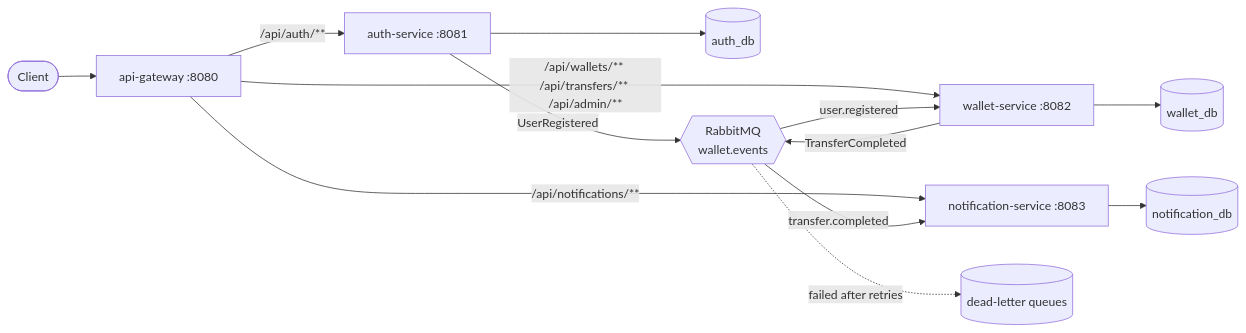
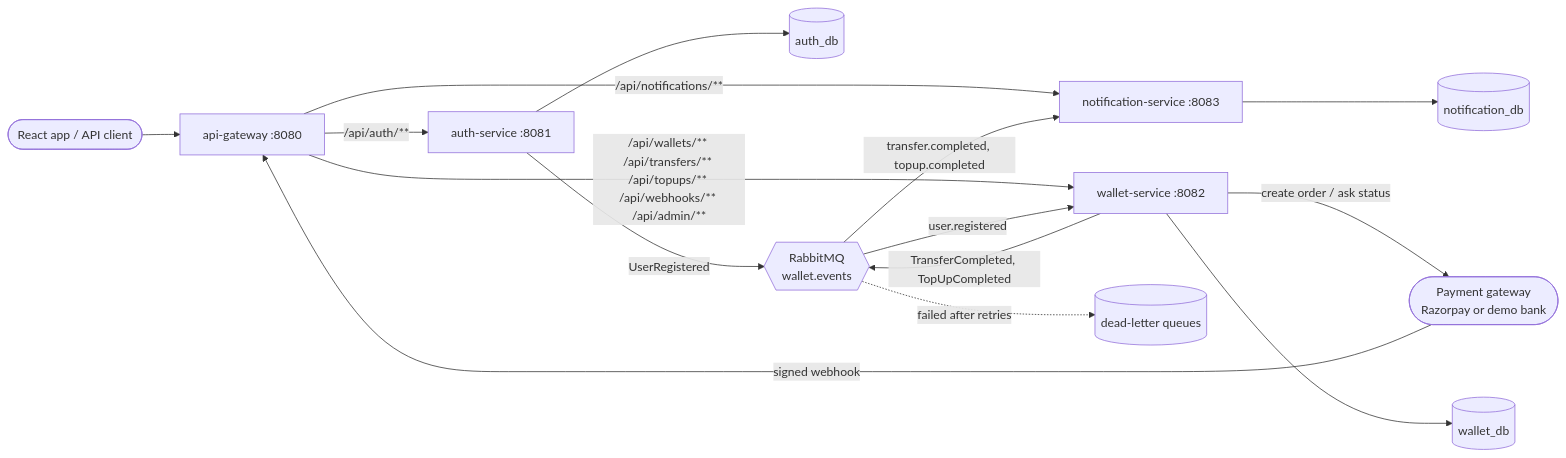
Before and after one commit to arjunkumar913/Smart_wallet: the first of 4 diagrams in README.md, drawn with Mermaid. The commit also changed other lines of this file and 59 other files, not shown here.

Commit message:
Add payment-gateway top-ups (Razorpay + demo bank) and React frontend

````diff
--- a/README.md
+++ b/README.md
@@ -20,18 +20,20 @@
 ```mermaid
 flowchart LR
-    Client([Client]) --> GW[api-gateway :8080]
+    Client([React app / API client]) --> GW[api-gateway :8080]
+    PG([Payment gateway<br/>Razorpay or demo bank]) -- signed webhook --> GW
+    WAL -- create order / ask status --> PG
 
     GW -->|/api/auth/**| AUTH[auth-service :8081]
-    GW -->|/api/wallets/** /api/transfers/** /api/admin/**| WAL[wallet-service :8082]
+    GW -->|/api/wallets/** /api/transfers/** /api/topups/** /api/webhooks/** /api/admin/**| WAL[wallet-service :8082]
     GW -->|/api/notifications/**| NOTIF[notification-service :8083]
 
     AUTH --> ADB[(auth_db)]
     WAL --> WDB[(wallet_db)]
     NOTIF --> NDB[(notification_db)]
 
     AUTH -- UserRegistered --> MQ{{RabbitMQ<br/>wallet.events}}
-    WAL -- TransferCompleted --> MQ
+    WAL -- TransferCompleted, TopUpCompleted --> MQ
     MQ -- user.registered --> WAL
-    MQ -- transfer.completed --> NOTIF
+    MQ -- transfer.completed, topup.completed --> NOTIF
     MQ -.failed after retries.-> DLQ[(dead-letter queues)]
 ```
````
